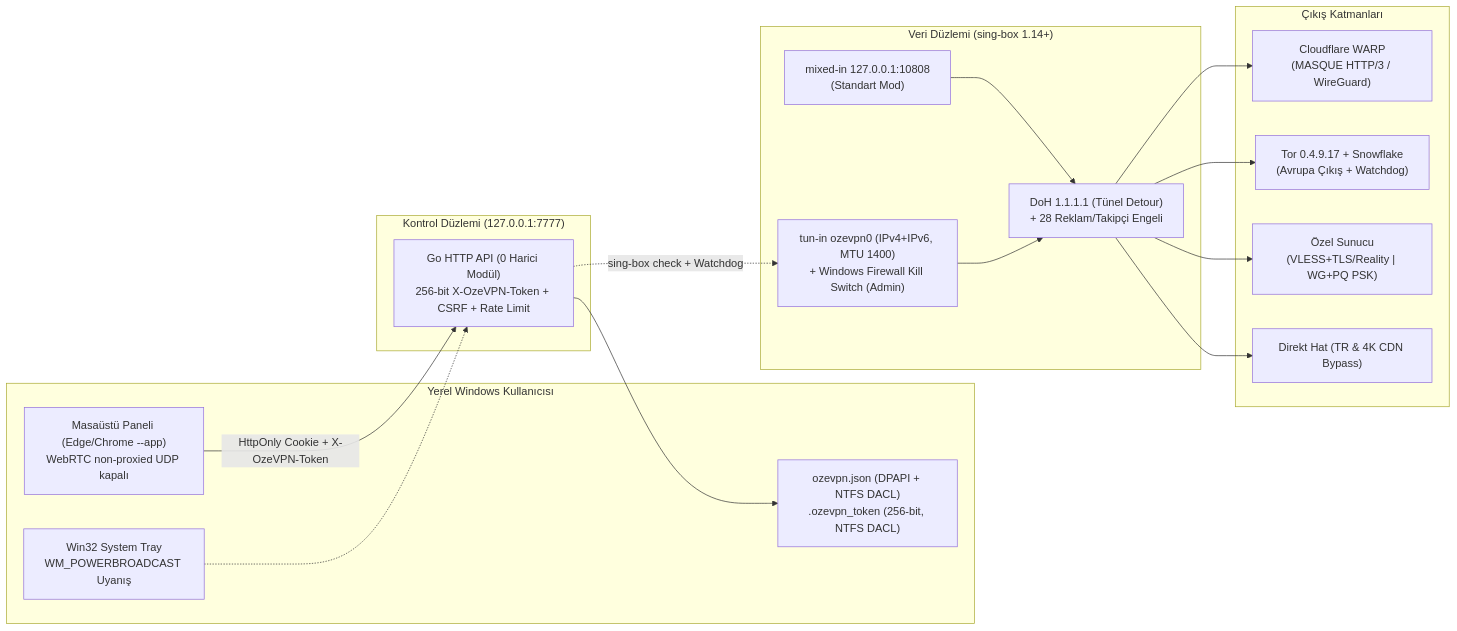
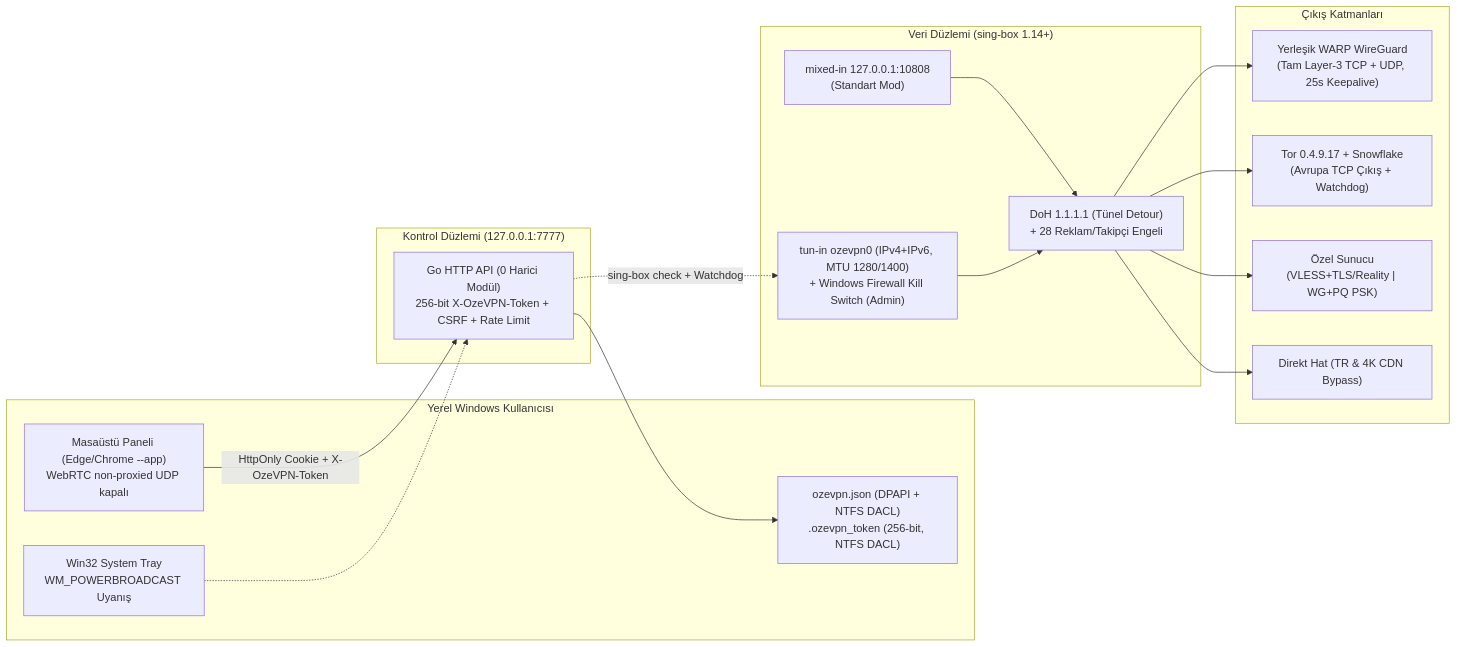
The diagram in README.md (KeremKalyoncu/ozevpn), drawn with Mermaid before and after one commit. The commit also changed other lines of this file and 28 other files, not shown here.

````diff
--- a/README.md
+++ b/README.md
@@ -41,36 +41,36 @@
 ```mermaid
 flowchart LR
     subgraph User["Yerel Windows Kullanıcısı"]
         UI["Masaüstü Paneli (Edge/Chrome --app)\nWebRTC non-proxied UDP kapalı"]
         TRAY["Win32 System Tray\nWM_POWERBROADCAST Uyanış"]
         CFG["ozevpn.json (DPAPI + NTFS DACL)\n.ozevpn_token (256-bit, NTFS DACL)"]
     end
 
     subgraph Control["Kontrol Düzlemi (127.0.0.1:7777)"]
         API["Go HTTP API (0 Harici Modül)\n256-bit X-OzeVPN-Token + CSRF + Rate Limit"]
     end
 
     subgraph Data["Veri Düzlemi (sing-box 1.14+)"]
         PROXY["mixed-in 127.0.0.1:10808\n(Standart Mod)"]
-        TUN["tun-in ozevpn0 (IPv4+IPv6, MTU 1400)\n+ Windows Firewall Kill Switch (Admin)"]
+        TUN["tun-in ozevpn0 (IPv4+IPv6, MTU 1280/1400)\n+ Windows Firewall Kill Switch (Admin)"]
         DNS["DoH 1.1.1.1 (Tünel Detour)\n+ 28 Reklam/Takipçi Engeli"]
     end
 
     subgraph Exit["Çıkış Katmanları"]
-        WARP["Cloudflare WARP\n(MASQUE HTTP/3 / WireGuard)"]
-        TOR["Tor 0.4.9.17 + Snowflake\n(Avrupa Çıkış + Watchdog)"]
+        WARP["Yerleşik WARP WireGuard\n(Tam Layer-3 TCP + UDP, 25s Keepalive)"]
+        TOR["Tor 0.4.9.17 + Snowflake\n(Avrupa TCP Çıkış + Watchdog)"]
         CUST["Özel Sunucu\n(VLESS+TLS/Reality | WG+PQ PSK)"]
         DIR["Direkt Hat (TR & 4K CDN Bypass)"]
     end
 
     UI -->|"HttpOnly Cookie + X-OzeVPN-Token"| API
     TRAY -.-> API
     API --> CFG
     API -.->|"sing-box check + Watchdog"| TUN
     PROXY --> DNS
     TUN --> DNS
     DNS --> WARP
     DNS --> TOR
     DNS --> CUST
     DNS --> DIR
 ```
````
